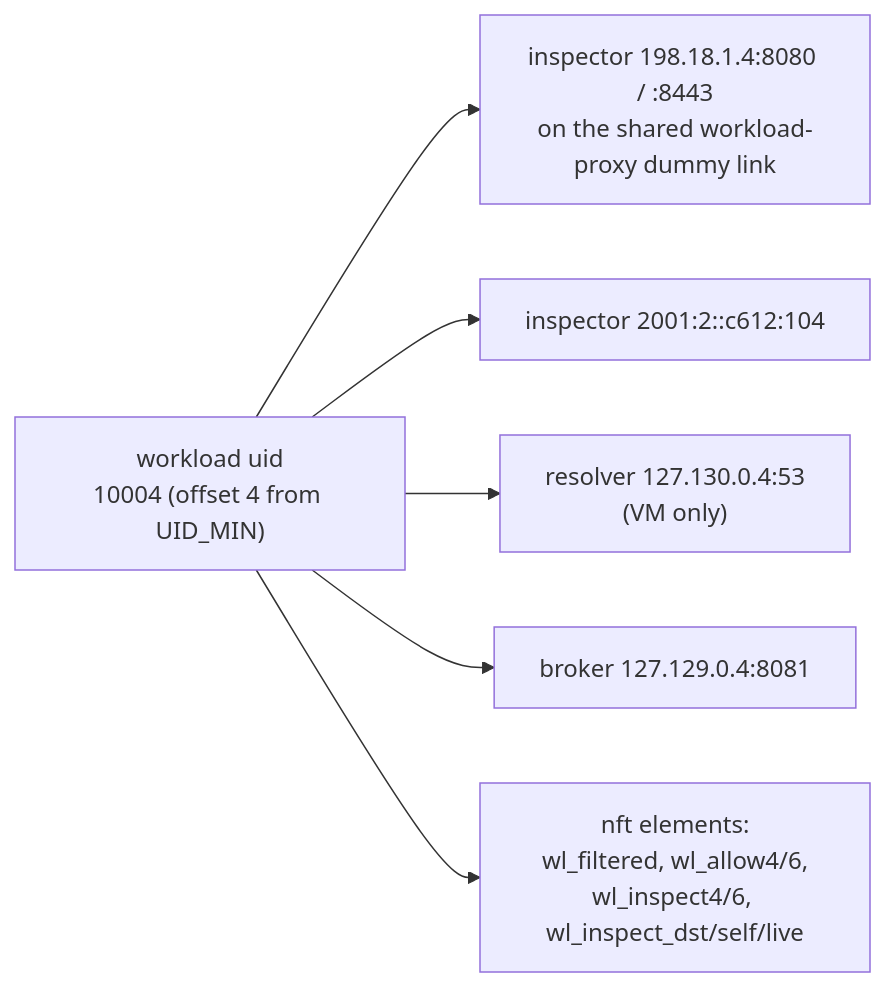
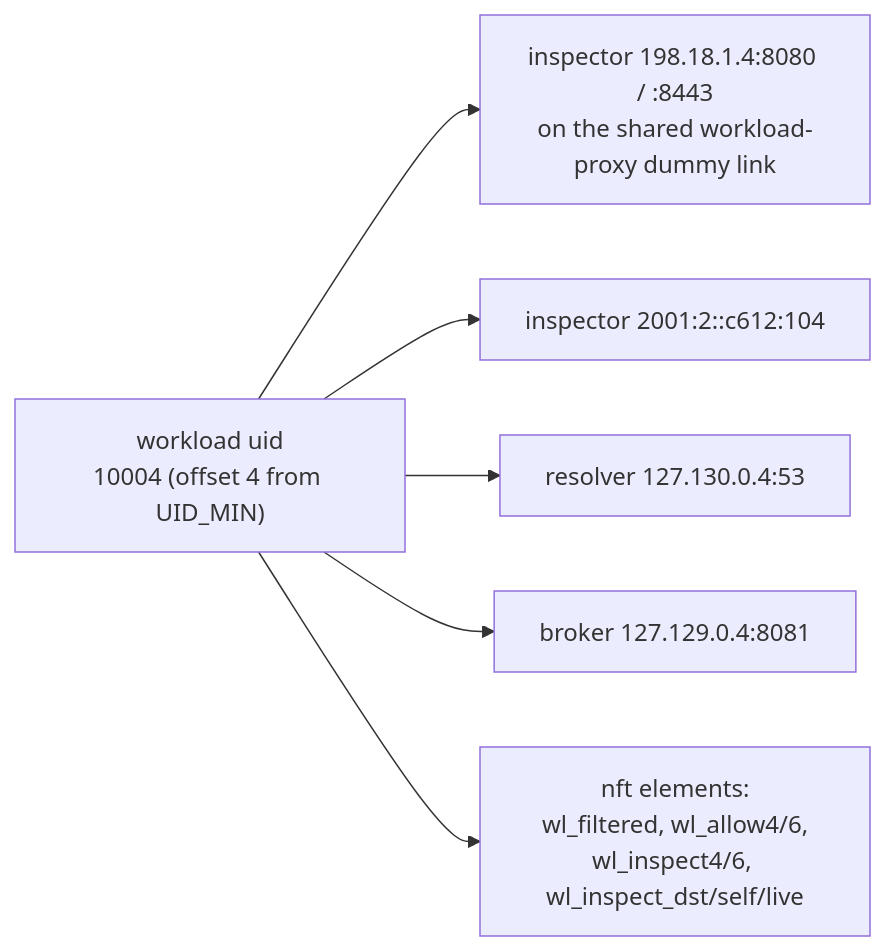
One commit to BenSmith/workloadctl changed the fifth of 7 diagrams in docs/egress-and-broker-architecture.md. Above: the diagram before and after it, drawn with Mermaid. The commit also changed other lines of this file and 35 other files, not shown here.

````diff
--- a/docs/egress-and-broker-architecture.md
+++ b/docs/egress-and-broker-architecture.md
@@ -209,9 +209,9 @@
 ```mermaid
 flowchart LR
   UID["workload uid<br/>10004 (offset 4 from UID_MIN)"]
   UID --> L4["inspector 198.18.1.4:8080 / :8443<br/>on the shared workload-proxy dummy link"]
   UID --> L6["inspector 2001:2::c612:104"]
-  UID --> R["resolver 127.130.0.4:53<br/>(VM only)"]
+  UID --> R["resolver 127.130.0.4:53"]
   UID --> BK["broker 127.129.0.4:8081"]
   UID --> SETS["nft elements:<br/>wl_filtered, wl_allow4/6,<br/>wl_inspect4/6, wl_inspect_dst/self/live"]
 ```
````
